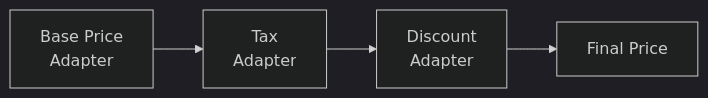
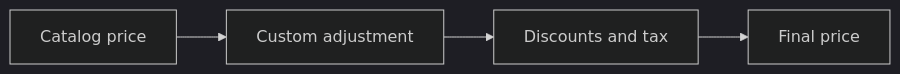
The diagram in docs/docs/guides/custom-pricing.md (unchainedshop/unchained), drawn with Mermaid (dark theme) before and after one commit. The commit also changed other lines of this file and 195 other files, not shown here.

````diff
--- a/docs/docs/guides/custom-pricing.md
+++ b/docs/docs/guides/custom-pricing.md
@@ -16,4 +12,4 @@
 ```mermaid
 flowchart LR
-    BP[Base Price<br/>Adapter] --> TA[Tax<br/>Adapter] --> DA[Discount<br/>Adapter] --> FP[Final Price]
+    BP[Catalog price] --> CP[Custom adjustment] --> DP[Discounts and tax] --> FP[Final price]
 ```
````
